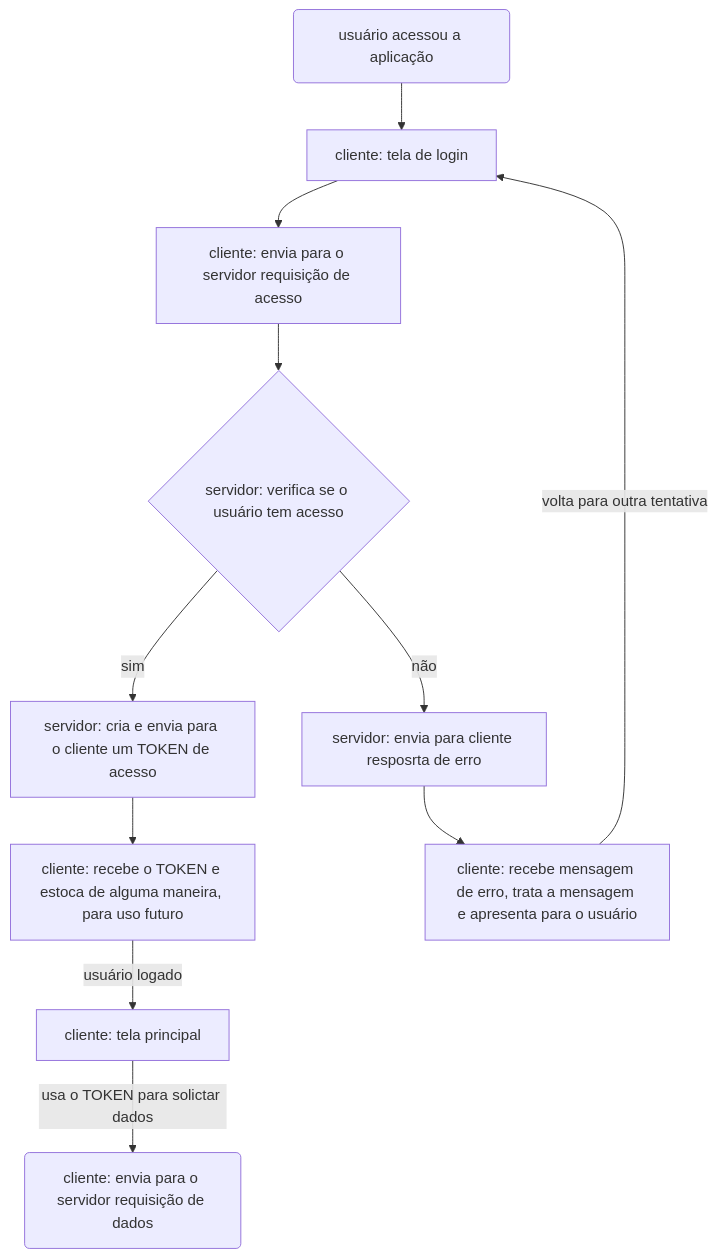
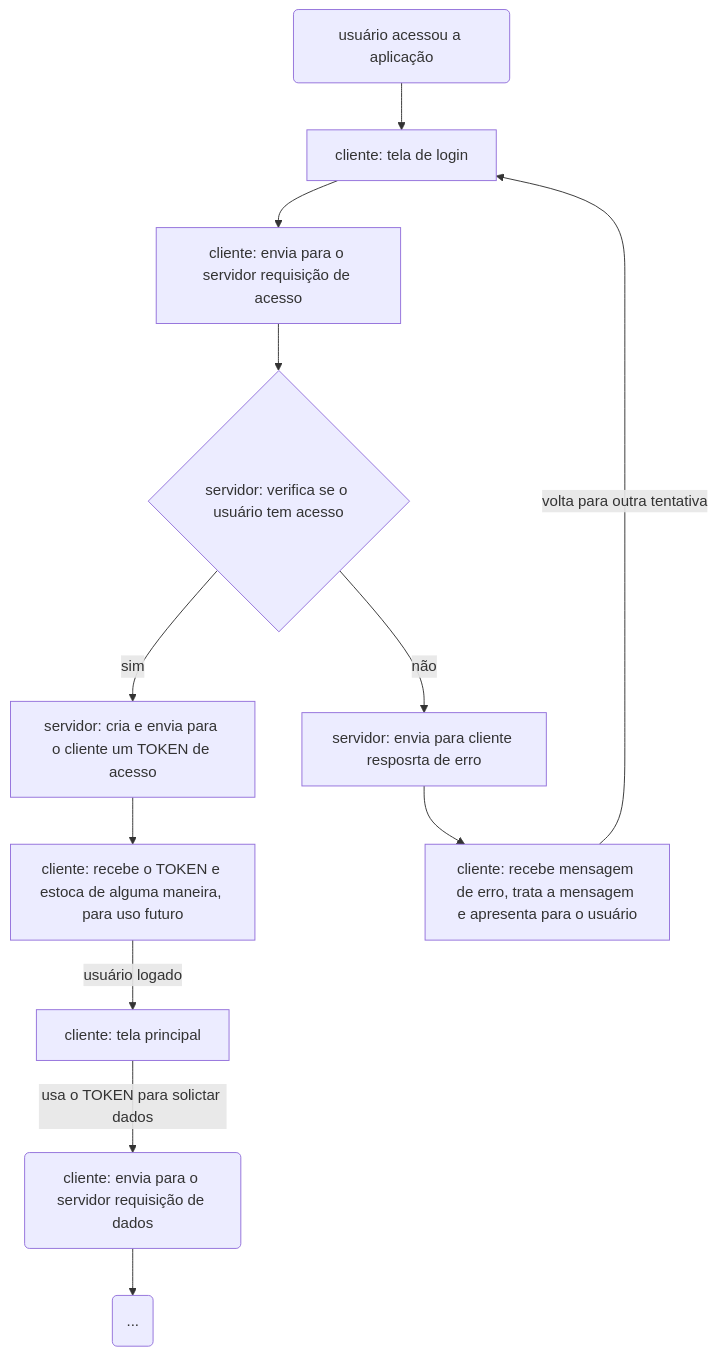
The diagram in README.md (ifcvarela/2024-bsi22-fase6....web-dev2....pessoa-rest-api), drawn with Mermaid before and after one commit.

````diff
--- a/README.md
+++ b/README.md
@@ -20,15 +20,15 @@
 ```mermaid
   graph TD;
 
   acesso(usuário acessou a aplicação) --> login[cliente: tela de login]
   login                               --> request-access[cliente: envia para o servidor requisição de acesso]
   request-access                      --> server-check-access{servidor: verifica se o usuário tem acesso}
   server-check-access                 --> |sim| access-allowed-yes[servidor: cria e envia para o cliente um TOKEN de acesso]
   server-check-access                 --> |não| access-allowed-no[servidor: envia para cliente resposrta de erro]
   access-allowed-yes                  --> login-ok[cliente: recebe o TOKEN e estoca de alguma maneira, para uso futuro]
   access-allowed-no                   --> login-error[cliente: recebe mensagem de erro, trata a mensagem e apresenta para o usuário]
   login-error                         --> |volta para outra tentativa|login
   login-ok                            --> |usuário logado|home[cliente: tela principal]
   home                                --> |usa o TOKEN para solictar dados|request-data(cliente: envia para o servidor requisição de dados)
-
+  request-data                        --> server-check-token(...)
 ```
````
